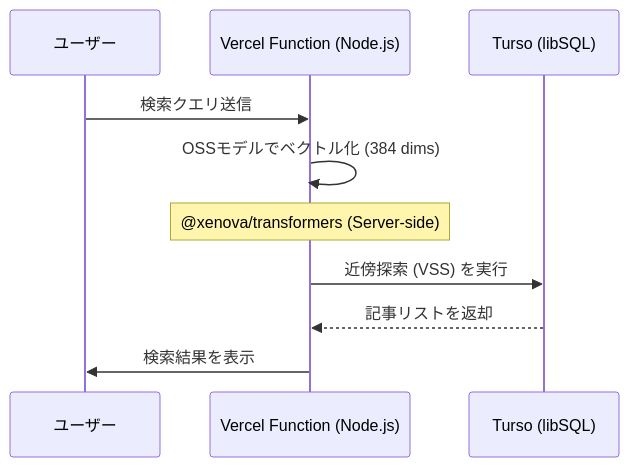
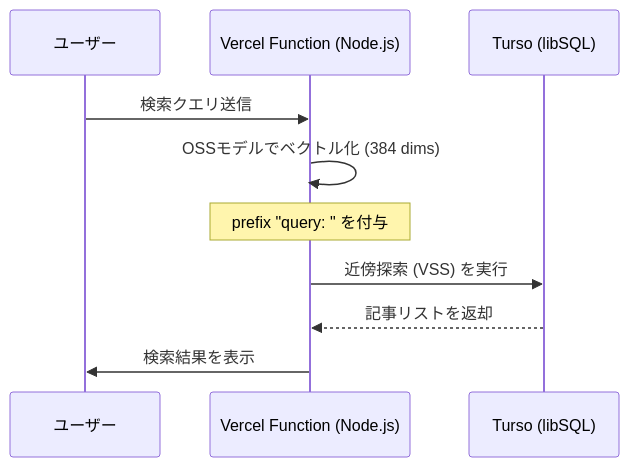
The third of 3 diagrams in docs/05_design/database-schema.md (preludio-lab/preludio-lab), drawn with Mermaid before and after one commit. The commit also changed other lines of this file, not shown here.

````diff
--- a/docs/05_design/database-schema.md
+++ b/docs/05_design/database-schema.md
@@ -156,13 +174,13 @@
 ```mermaid
 sequenceDiagram
     participant User as ユーザー
     participant Server as Vercel Function (Node.js)
     participant DB as Turso (libSQL)
 
     User->>Server: 検索クエリ送信
     Server->>Server: OSSモデルでベクトル化 (384 dims)
-    Note over Server: @xenova/transformers (Server-side)
+    Note over Server: prefix "query: " を付与
     Server->>DB: 近傍探索 (VSS) を実行
     DB-->>Server: 記事リストを返却
     Server->>User: 検索結果を表示
 ```
````
